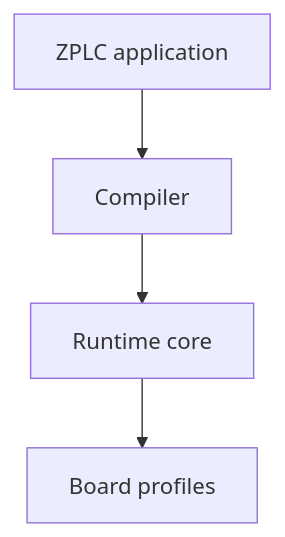
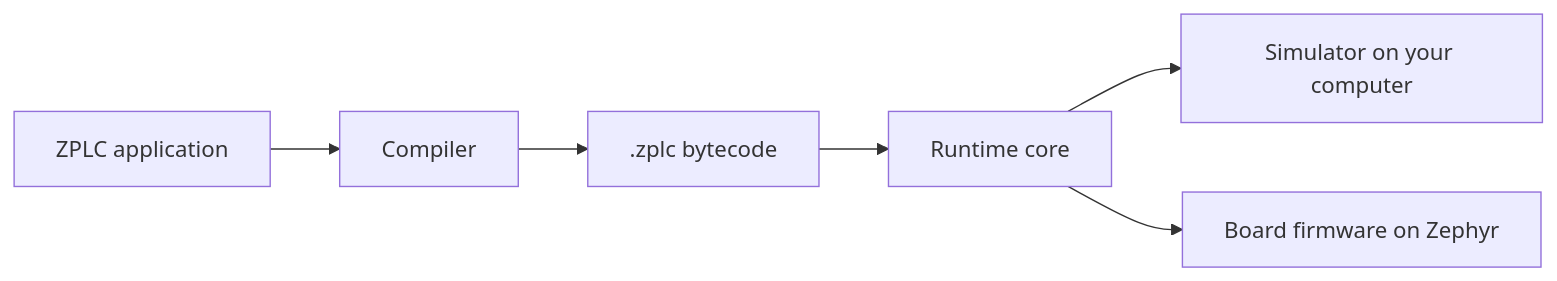
One commit to eduardojvieira/ZPLC changed the diagram in docs/docs/platform-overview/index.md. Above: the diagram before and after it, drawn with Mermaid. The commit also changed other lines of this file and 22 other files, not shown here.

````diff
--- a/docs/docs/platform-overview/index.md
+++ b/docs/docs/platform-overview/index.md
@@ -16,11 +17,15 @@
 ```mermaid
-flowchart TB
-  IDE[ZPLC application]
+flowchart LR
+  App[ZPLC application]
   Compiler[Compiler]
-  Runtime[Runtime core]
-  Boards[Board profiles]
+  Bytecode[.zplc bytecode]
+  Core[Runtime core]
+  Sim[Simulator on your computer]
+  Board[Board firmware on Zephyr]
 
-  IDE --> Compiler
-  Compiler --> Runtime
-  Runtime --> Boards
+  App --> Compiler
+  Compiler --> Bytecode
+  Bytecode --> Core
+  Core --> Sim
+  Core --> Board
 ```
````
